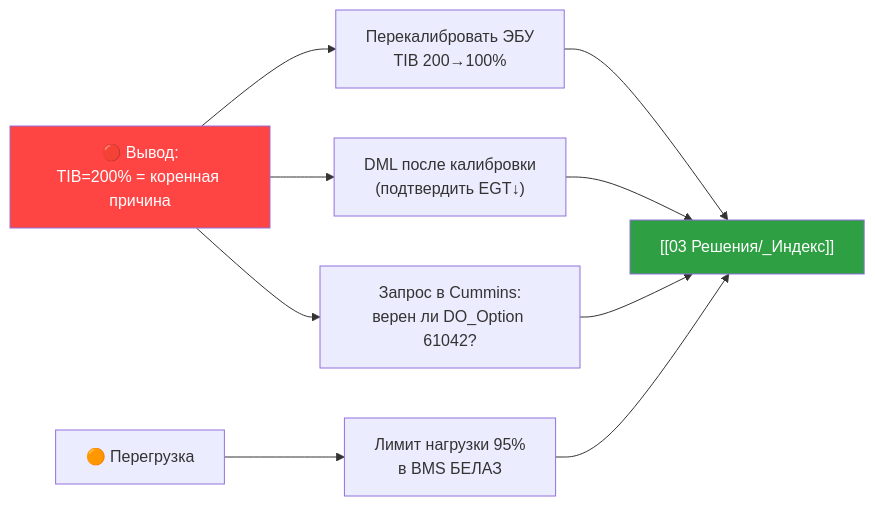
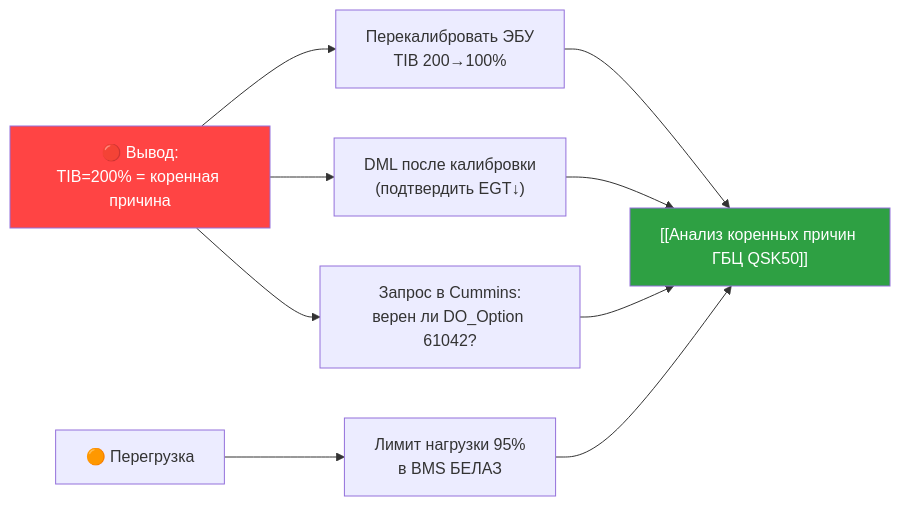
One commit to victorekuznetsov/NTE200 changed the fourth of 4 diagrams in 02 Диагностика/Думающая модель — карта расследования.md. Above: the diagram before and after it, drawn with Mermaid. The commit also changed other lines of this file and 44 other files, not shown here.

````diff
--- a/02 Диагностика/Думающая модель — карта расследования.md
+++ b/02 Диагностика/Думающая модель — карта расследования.md
@@ -205,13 +205,13 @@
 ```mermaid
 flowchart LR
     V["🔴 Вывод:<br/>TIB=200% = коренная причина"] --> A1["Перекалибровать ЭБУ<br/>TIB 200→100%"]
     V --> A2["DML после калибровки<br/>(подтвердить EGT↓)"]
     AMP["🟠 Перегрузка"] --> A3["Лимит нагрузки 95%<br/>в BMS БЕЛАЗ"]
     V --> A4["Запрос в Cummins:<br/>верен ли DO_Option 61042?"]
-    A1 --> DOC["[[03 Решения/_Индекс]]"]
+    A1 --> DOC["[[Анализ коренных причин ГБЦ QSK50]]"]
     A2 --> DOC
     A3 --> DOC
     A4 --> DOC
     style V fill:#ff4444,color:#fff
     style DOC fill:#2ea043,color:#fff
 ```
````
